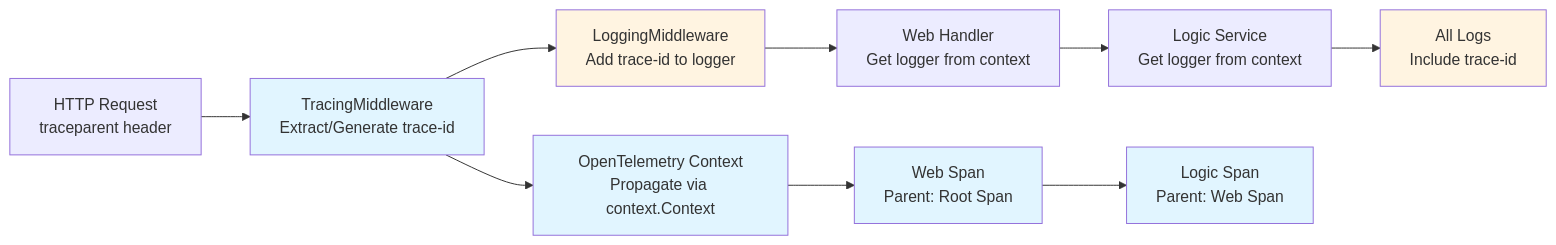
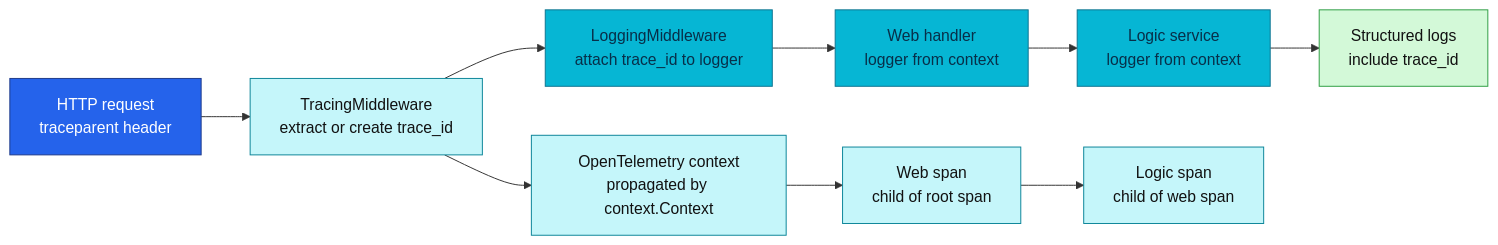
One commit to duynhlab/homelab changed the fifth of 6 diagrams in docs/observability/README.md. Above: the diagram before and after it, drawn with Mermaid. The commit also changed other lines of this file and 33 other files, not shown here.

First line of the commit message:
Refresh observability diagrams (#516)

````diff
--- a/docs/observability/README.md
+++ b/docs/observability/README.md
@@ -251,19 +278,21 @@
 ```mermaid
 graph LR
-    A[HTTP Request<br/>traceparent header] --> B[TracingMiddleware<br/>Extract/Generate trace-id]
-    B --> C[LoggingMiddleware<br/>Add trace-id to logger]
-    C --> D[Web Handler<br/>Get logger from context]
-    D --> E[Logic Service<br/>Get logger from context]
-    E --> F[All Logs<br/>Include trace-id]
+    A["HTTP request<br/>traceparent header"] --> B["TracingMiddleware<br/>extract or create trace_id"]
+    B --> C["LoggingMiddleware<br/>attach trace_id to logger"]
+    C --> D["Web handler<br/>logger from context"]
+    D --> E["Logic service<br/>logger from context"]
+    E --> F["Structured logs<br/>include trace_id"]
 
-    B --> G[OpenTelemetry Context<br/>Propagate via context.Context]
-    G --> H[Web Span<br/>Parent: Root Span]
-    H --> I[Logic Span<br/>Parent: Web Span]
+    B --> G["OpenTelemetry context<br/>propagated by context.Context"]
+    G --> H["Web span<br/>child of root span"]
+    H --> I["Logic span<br/>child of web span"]
 
-    style B fill:#e1f5ff
-    style C fill:#fff4e1
-    style F fill:#fff4e1
-    style G fill:#e1f5ff
-    style H fill:#e1f5ff
-    style I fill:#e1f5ff
+    classDef edge fill:#2563eb,color:#fff,stroke:#1e3a8a;
+    classDef service fill:#06b6d4,color:#082f49,stroke:#0e7490;
+    classDef log fill:#d3f9d8,color:#111,stroke:#2f9e44;
+    classDef trace fill:#c5f6fa,color:#111,stroke:#0c8599;
+    class A edge;
+    class C,D,E service;
+    class F log;
+    class B,G,H,I trace;
 ```
````
